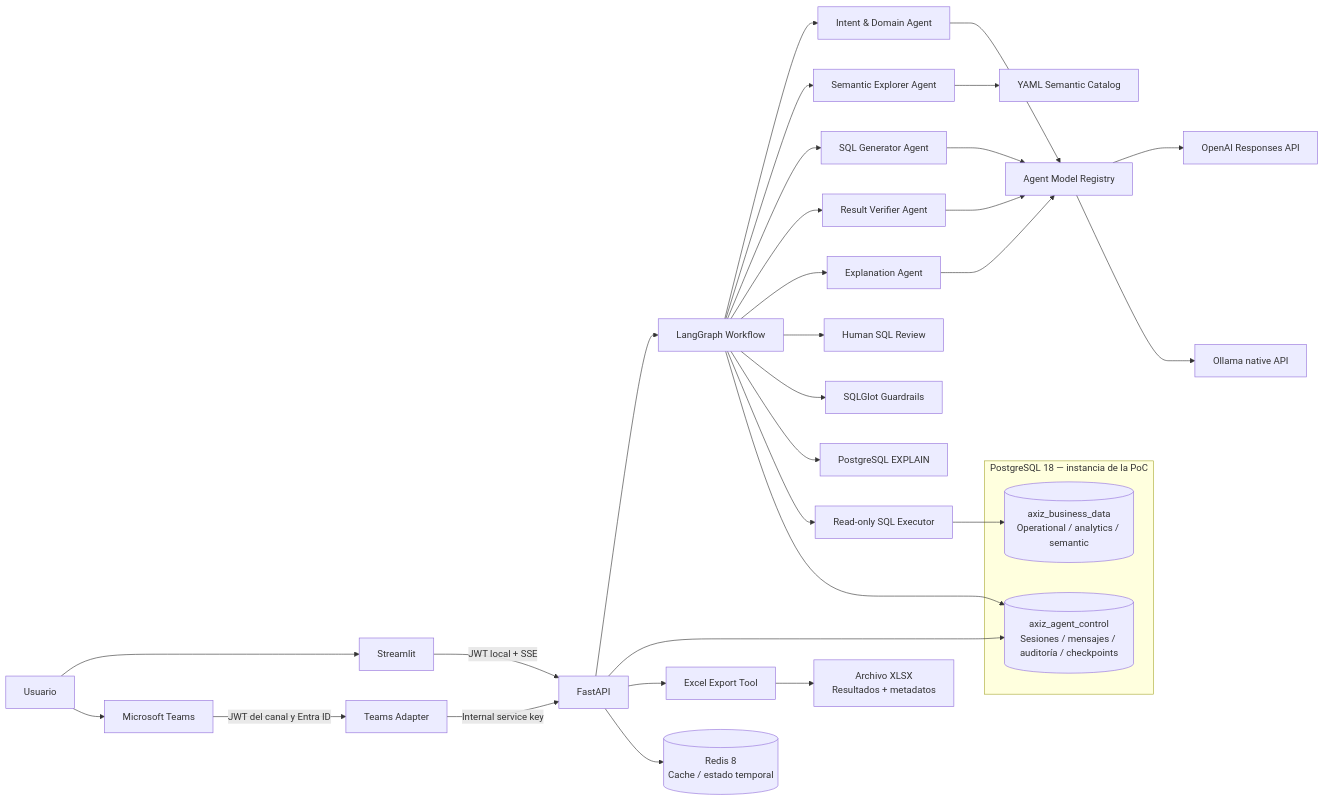
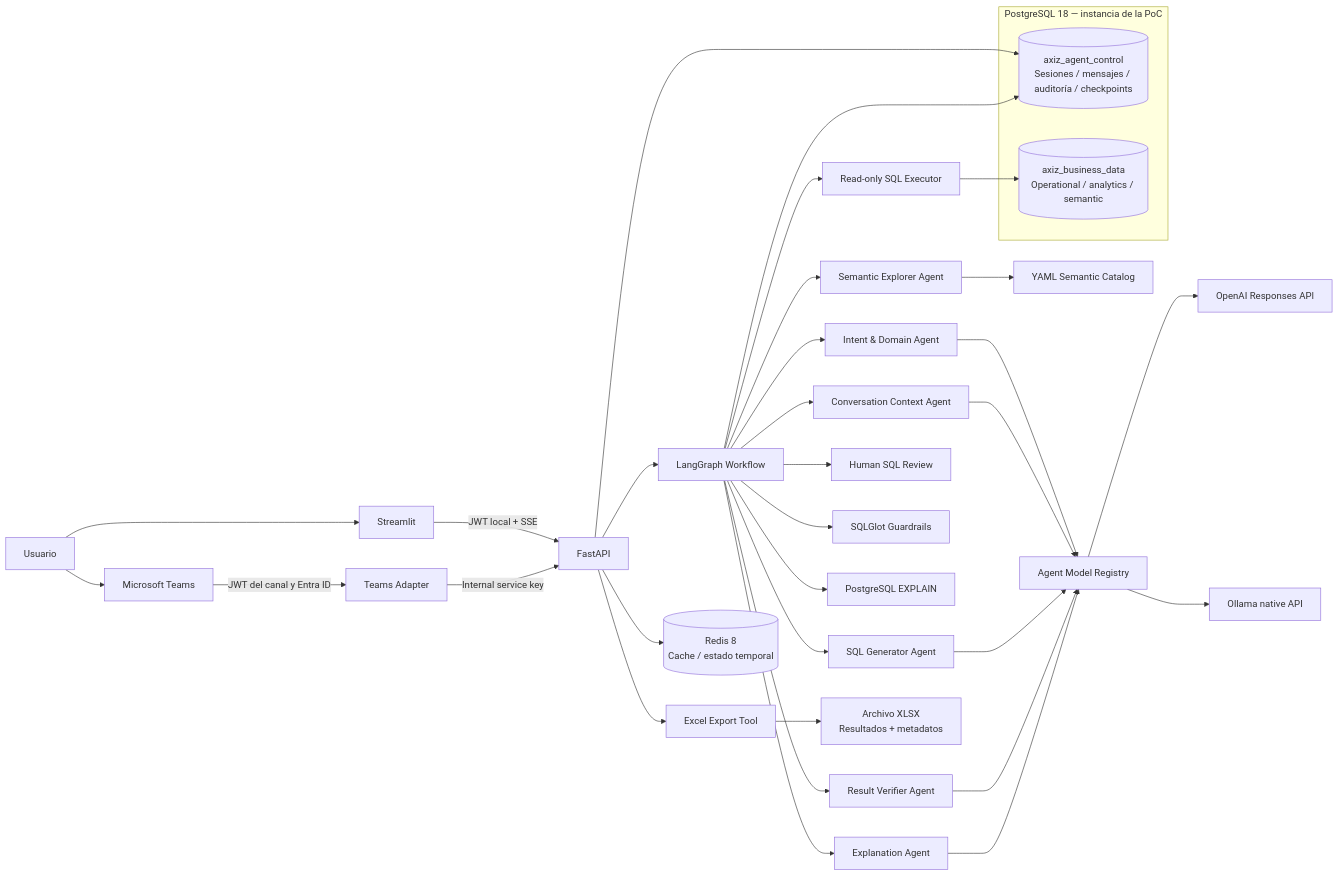
One commit to edgarrth/multiagente-sql-reporter changed the first of 4 diagrams in README.md. Above: the diagram before and after it, drawn with Mermaid. The commit also changed other lines of this file and 14 other files, not shown here.

````diff
--- a/README.md
+++ b/README.md
@@ -67,44 +70,46 @@
 ```mermaid
 flowchart LR
     U[Usuario] --> ST[Streamlit]
     U --> TM[Microsoft Teams]
     ST -->|JWT local + SSE| API[FastAPI]
     TM -->|JWT del canal y Entra ID| TA[Teams Adapter]
     TA -->|Internal service key| API
 
     API --> LG[LangGraph Workflow]
     LG --> IA[Intent & Domain Agent]
+    LG --> CA[Conversation Context Agent]
     LG --> SA[Semantic Explorer Agent]
     LG --> SQ[SQL Generator Agent]
     LG --> VA[Result Verifier Agent]
     LG --> EA[Explanation Agent]
 
     IA --> MR[Agent Model Registry]
+    CA --> MR
     SQ --> MR
     VA --> MR
     EA --> MR
     MR --> OA[OpenAI Responses API]
     MR --> OL[Ollama native API]
 
     SA --> CAT[YAML Semantic Catalog]
     LG --> HITL[Human SQL Review]
     LG --> SG[SQLGlot Guardrails]
     LG --> CE[PostgreSQL EXPLAIN]
     LG --> EX[Read-only SQL Executor]
 
     subgraph PG[PostgreSQL 18 — instancia de la PoC]
         CTRL[(axiz_agent_control
 Sesiones / mensajes / auditoría / checkpoints)]
         DATA[(axiz_business_data
 Operational / analytics / semantic)]
     end
 
     API --> CTRL
     LG --> CTRL
     EX --> DATA
     API --> XT[Excel Export Tool]
     XT --> XLSX[Archivo XLSX
 Resultados + metadatos]
     API --> RD[(Redis 8
 Cache / estado temporal)]
 ```
````
